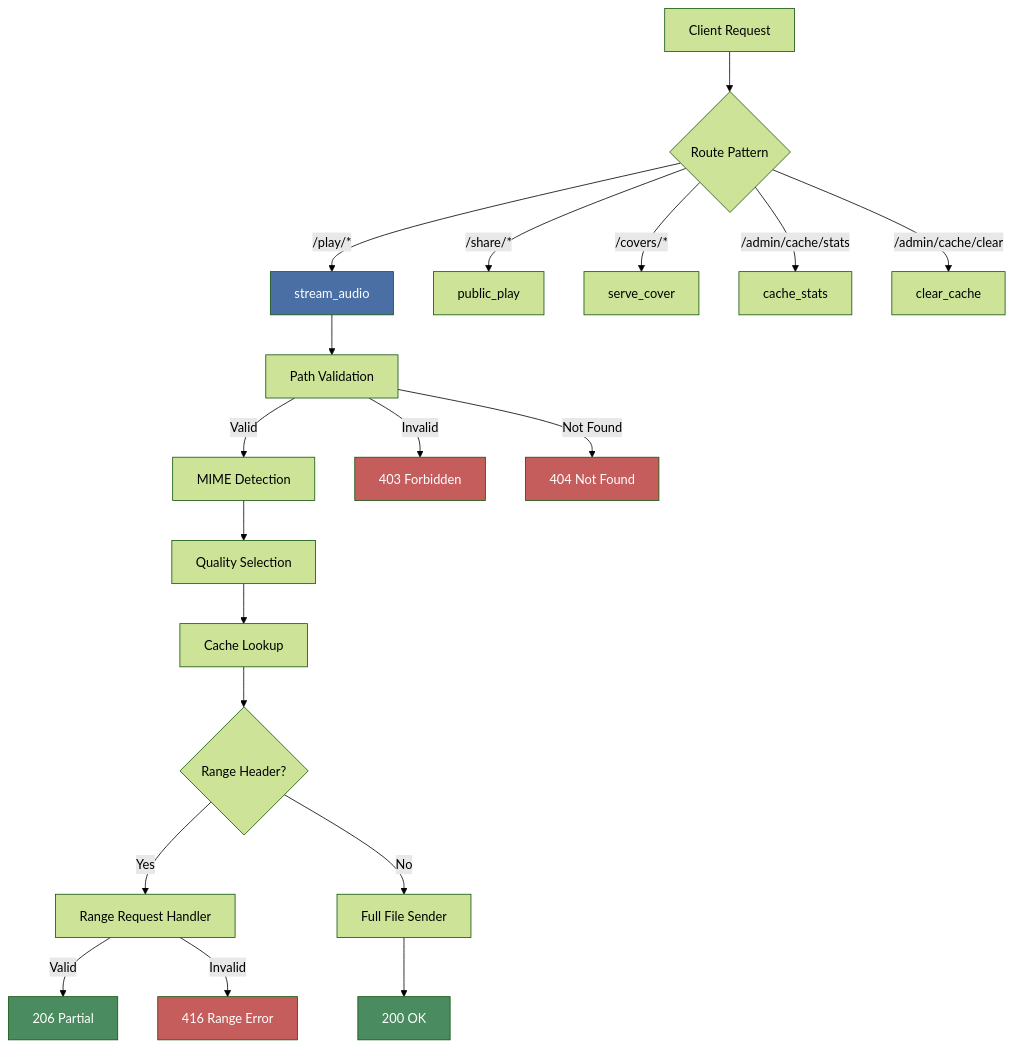
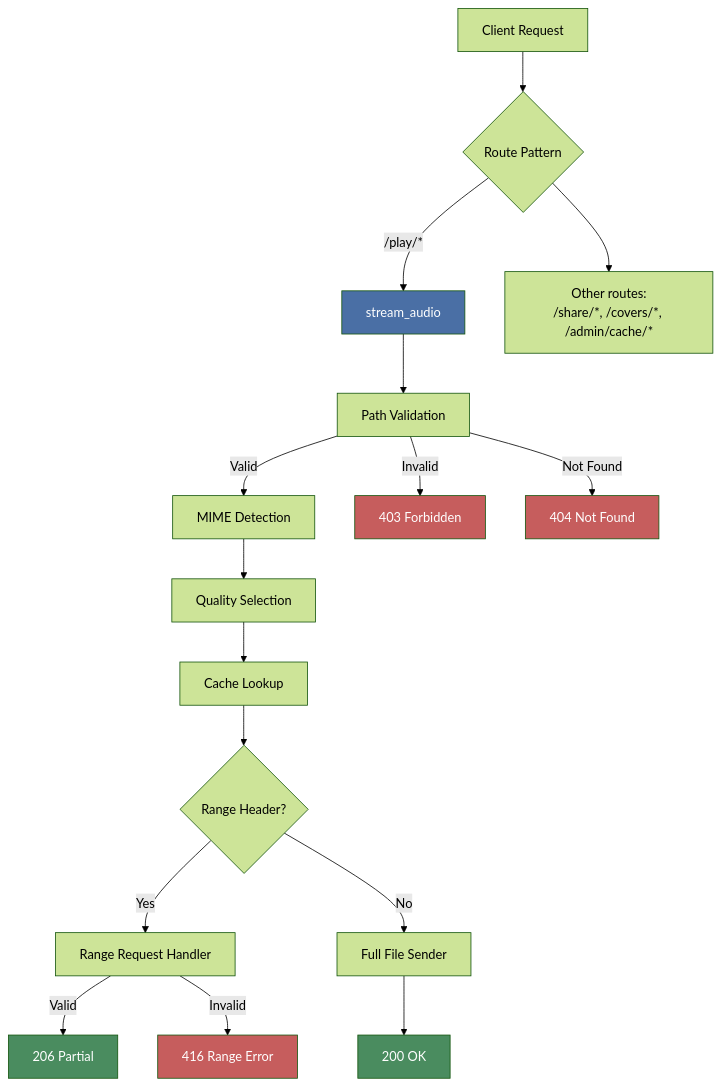
The second of 2 diagrams in docs/development/audio-playback/overview.md (mark-me/mixtape-society), drawn with Mermaid (forest theme) before and after one commit. The commit also changed other lines of this file and 19 other files, not shown here.

First line of the commit message:
Simplify unreadable diagrams and correct small errors in the docs

````diff
--- a/docs/development/audio-playback/overview.md
+++ b/docs/development/audio-playback/overview.md
@@ -283,57 +271,51 @@
 ```mermaid
 graph TB
     Client[Client Request]
 
     Route{Route Pattern}
 
     Stream[stream_audio]
-    Player[public_play]
-    Cover[serve_cover]
-    CacheStats[cache_stats]
-    CacheClear[clear_cache]
+    Other["Other routes:<br/>/share/*, /covers/*, /admin/cache/*"]
 
     Validate[Path Validation]
     MIME[MIME Detection]
     Quality[Quality Selection]
     Cache[Cache Lookup]
     RangeCheck{Range Header?}
     Range[Range Request Handler]
     Full[Full File Sender]
 
     Response200[200 OK]
     Response206[206 Partial]
     Response403[403 Forbidden]
     Response404[404 Not Found]
     Response416[416 Range Error]
 
     Client --> Route
 
     Route -->|/play/*| Stream
-    Route -->|/share/*| Player
-    Route -->|/covers/*| Cover
-    Route -->|/admin/cache/stats| CacheStats
-    Route -->|/admin/cache/clear| CacheClear
+    Route --> Other
 
     Stream --> Validate
     Validate -->|Valid| MIME
     Validate -->|Invalid| Response403
     Validate -->|Not Found| Response404
 
     MIME --> Quality
     Quality --> Cache
     Cache --> RangeCheck
 
     RangeCheck -->|Yes| Range
     RangeCheck -->|No| Full
 
     Range -->|Valid| Response206
     Range -->|Invalid| Response416
     Full --> Response200
 
     style Stream fill:#4a6fa5,color:#fff
     style Response200 fill:#4a8c5f,color:#fff
     style Response206 fill:#4a8c5f,color:#fff
     style Response403 fill:#c65d5d,color:#fff
     style Response404 fill:#c65d5d,color:#fff
     style Response416 fill:#c65d5d,color:#fff
 ```
````
